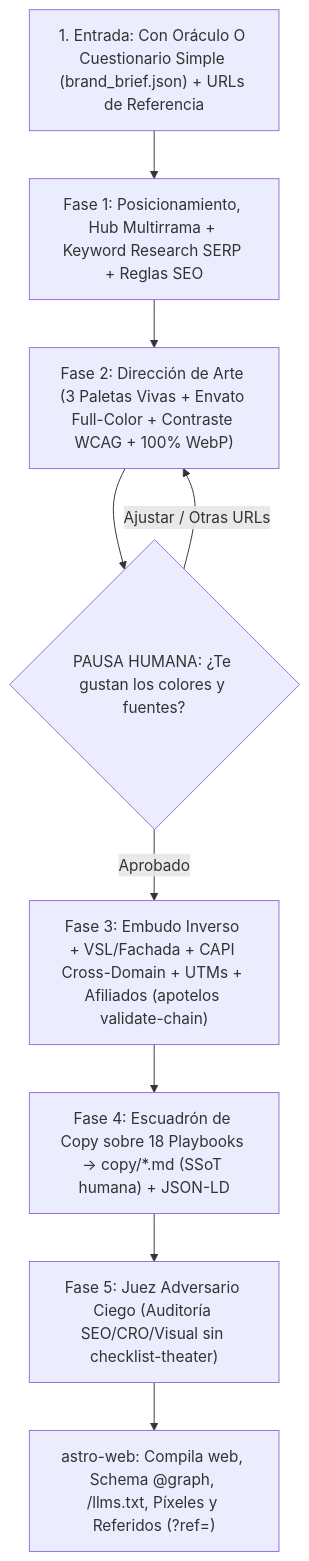
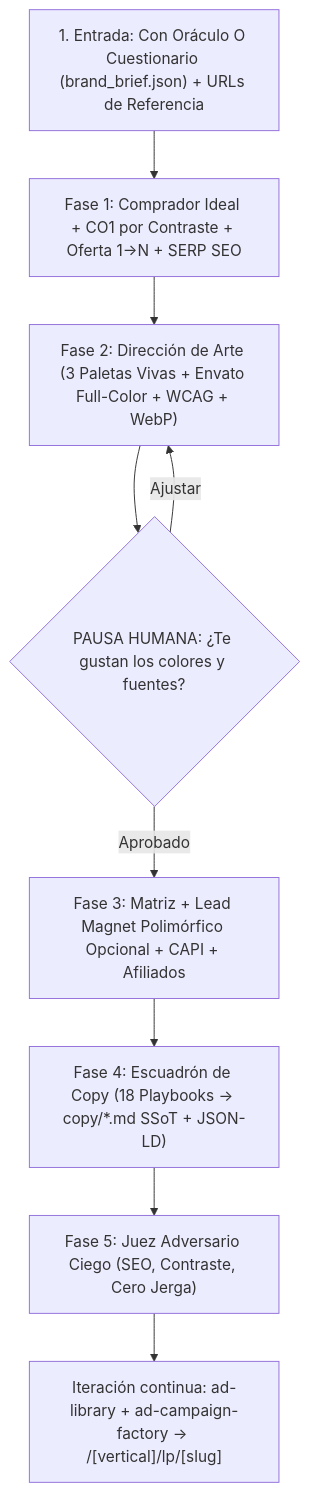
The diagram in scripts/MANUAL_BRAND_STUDIO.md (baiosfera/zerops-astrobranding), drawn with Mermaid before and after one commit. The commit also changed other lines of this file and 16 other files, not shown here.

Commit message:
feat(ads-first,apotelos): add ad-library CLI, ad-campaign-factory workflow, polymorphic proof contracts, and dual-layer manuals

````diff
--- a/scripts/MANUAL_BRAND_STUDIO.md
+++ b/scripts/MANUAL_BRAND_STUDIO.md
@@ -9,11 +16,11 @@
 ```mermaid
 flowchart TD
-    IN["1. Entrada: Con Oráculo O Cuestionario Simple (brand_brief.json) + URLs de Referencia"] --> F1["Fase 1: Posicionamiento, Hub Multirrama + Keyword Research SERP + Reglas SEO"]
-    F1 --> F2["Fase 2: Dirección de Arte (3 Paletas Vivas + Envato Full-Color + Contraste WCAG + 100% WebP)"]
+    IN["1. Entrada: Con Oráculo O Cuestionario (brand_brief.json) + URLs de Referencia"] --> F1["Fase 1: Comprador Ideal + CO1 por Contraste + Oferta 1->N + SERP SEO"]
+    F1 --> F2["Fase 2: Dirección de Arte (3 Paletas Vivas + Envato Full-Color + WCAG + WebP)"]
     F2 --> GATE{"PAUSA HUMANA: ¿Te gustan los colores y fuentes?"}
-    GATE -- "Ajustar / Otras URLs" --> F2
-    GATE -- "Aprobado" --> F3["Fase 3: Embudo Inverso + VSL/Fachada + CAPI Cross-Domain + UTMs + Afiliados (apotelos validate-chain)"]
-    F3 --> F4["Fase 4: Escuadrón de Copy sobre 18 Playbooks -> copy/*.md (SSoT humana) + JSON-LD"]
-    F4 --> F5["Fase 5: Juez Adversario Ciego (Auditoría SEO/CRO/Visual sin checklist-theater)"]
-    F5 --> WEB["astro-web: Compila web, Schema @graph, /llms.txt, Píxeles y Referidos (?ref=)"]
+    GATE -- "Ajustar" --> F2
+    GATE -- "Aprobado" --> F3["Fase 3: Matriz + Lead Magnet Polimórfico Opcional + CAPI + Afiliados"]
+    F3 --> F4["Fase 4: Escuadrón de Copy (18 Playbooks -> copy/*.md SSoT + JSON-LD)"]
+    F4 --> F5["Fase 5: Juez Adversario Ciego (SEO, Contraste, Cero Jerga)"]
+    F5 --> ADS["Iteración continua: ad-library + ad-campaign-factory -> /[vertical]/lp/[slug]"]
 ```
````
